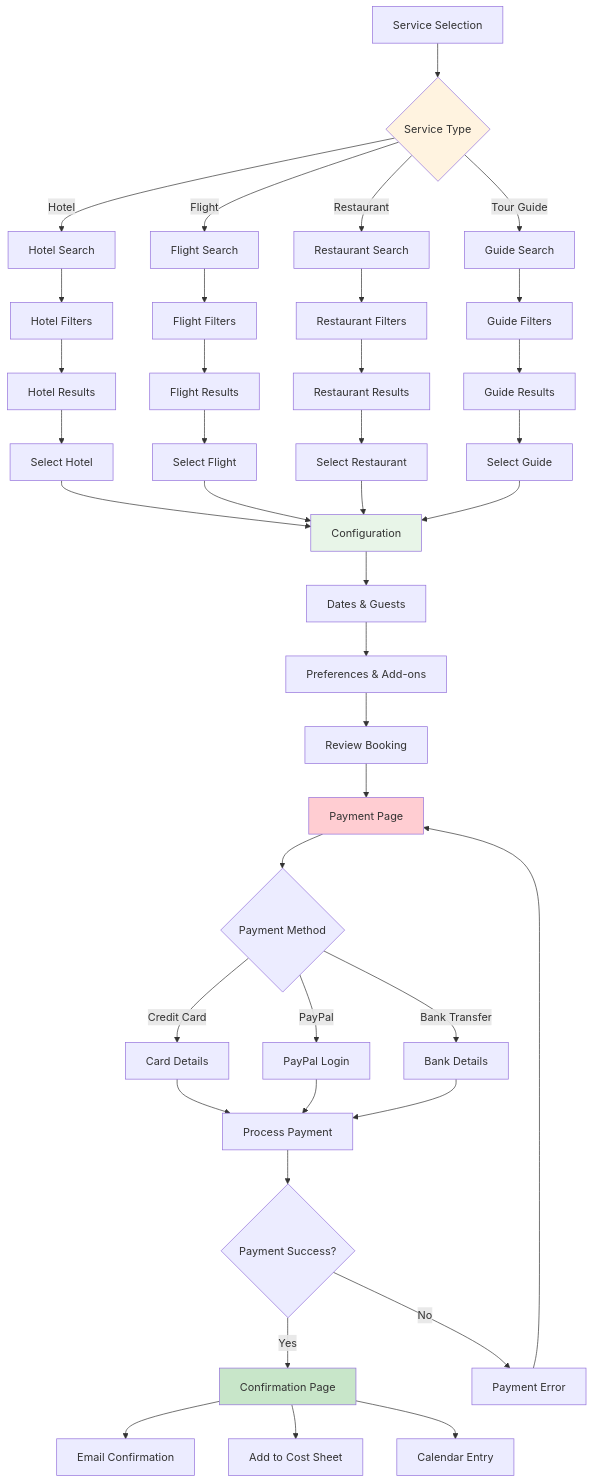
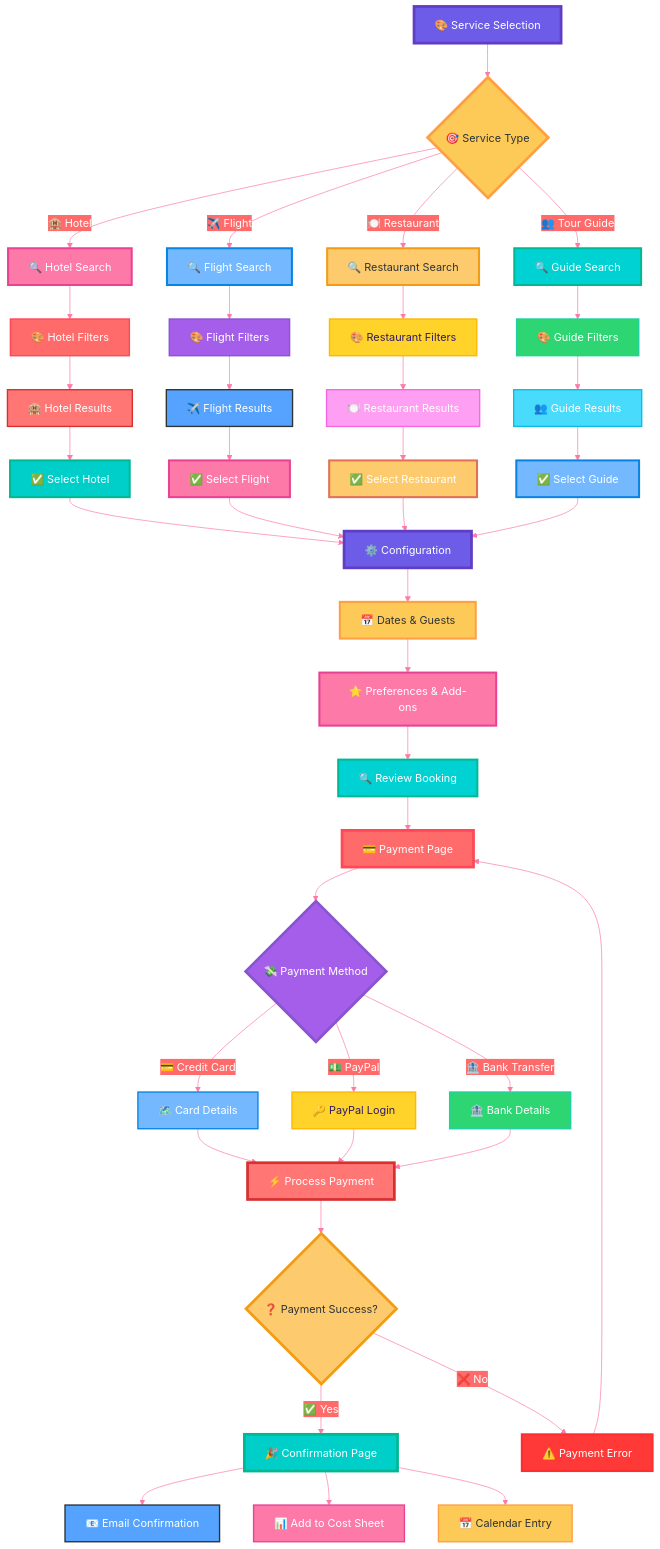
One commit to shihabsararrafid/budget-travel changed the fifth of 15 diagrams in budget-travel/MERMAID_UI_UX_FLOWS.md. Above: the diagram before and after it, drawn with Mermaid. The commit also changed other lines of this file, not shown here.

````diff
--- a/budget-travel/MERMAID_UI_UX_FLOWS.md
+++ b/budget-travel/MERMAID_UI_UX_FLOWS.md
@@ -151,58 +229,97 @@
 ```mermaid
+%%{init: {'theme':'base', 'themeVariables': { 'primaryColor': '#00d2d3', 'primaryTextColor': '#fff', 'primaryBorderColor': '#00b894', 'lineColor': '#fd79a8', 'secondaryColor': '#ff6b6b', 'tertiaryColor': '#a55eea'}}}%%
 flowchart TD
-    A[Service Selection] --> B{Service Type}
+    A["🎨 Service Selection"] --> B{"🎯 Service Type"}
     
-    B -->|Hotel| C[Hotel Search]
-    B -->|Flight| D[Flight Search]
-    B -->|Restaurant| E[Restaurant Search]
-    B -->|Tour Guide| F[Guide Search]
+    B -->|"🏨 Hotel"| C["🔍 Hotel Search"]
+    B -->|"✈️ Flight"| D["🔍 Flight Search"]
+    B -->|"🍽️ Restaurant"| E["🔍 Restaurant Search"]
+    B -->|"👥 Tour Guide"| F["🔍 Guide Search"]
     
-    C --> G[Hotel Filters]
-    D --> H[Flight Filters]
-    E --> I[Restaurant Filters]
-    F --> J[Guide Filters]
+    C --> G["🎨 Hotel Filters"]
+    D --> H["🎨 Flight Filters"]
+    E --> I["🎨 Restaurant Filters"]
+    F --> J["🎨 Guide Filters"]
     
-    G --> K[Hotel Results]
-    H --> L[Flight Results]
-    I --> M[Restaurant Results]
-    J --> N[Guide Results]
+    G --> K["🏨 Hotel Results"]
+    H --> L["✈️ Flight Results"]
+    I --> M["🍽️ Restaurant Results"]
+    J --> N["👥 Guide Results"]
     
-    K --> O[Select Hotel]
-    L --> P[Select Flight]
-    M --> Q[Select Restaurant]
-    N --> R[Select Guide]
+    K --> O["✅ Select Hotel"]
+    L --> P["✅ Select Flight"]
+    M --> Q["✅ Select Restaurant"]
+    N --> R["✅ Select Guide"]
     
-    O --> S[Configuration]
+    O --> S["⚙️ Configuration"]
     P --> S
     Q --> S
     R --> S
     
-    S --> T[Dates & Guests]
-    T --> U[Preferences & Add-ons]
-    U --> V[Review Booking]
-    V --> W[Payment Page]
+    S --> T["📅 Dates & Guests"]
+    T --> U["⭐ Preferences & Add-ons"]
+    U --> V["🔍 Review Booking"]
+    V --> W["💳 Payment Page"]
     
-    W --> X{Payment Method}
-    X -->|Credit Card| Y[Card Details]
-    X -->|PayPal| Z[PayPal Login]
-    X -->|Bank Transfer| AA[Bank Details]
+    W --> X{"💸 Payment Method"}
+    X -->|"💳 Credit Card"| Y["🗺️ Card Details"]
+    X -->|"💵 PayPal"| Z["🔑 PayPal Login"]
+    X -->|"🏦 Bank Transfer"| AA["🏦 Bank Details"]
     
-    Y --> BB[Process Payment]
+    Y --> BB["⚡ Process Payment"]
     Z --> BB
     AA --> BB
     
-    BB --> CC{Payment Success?}
-    CC -->|Yes| DD[Confirmation Page]
-    CC -->|No| EE[Payment Error]
+    BB --> CC{"❓ Payment Success?"}
+    CC -->|"✅ Yes"| DD["🎉 Confirmation Page"]
+    CC -->|"❌ No"| EE["⚠️ Payment Error"]
     
-    DD --> FF[Email Confirmation]
-    DD --> GG[Add to Cost Sheet]
-    DD --> HH[Calendar Entry]
+    DD --> FF["📧 Email Confirmation"]
+    DD --> GG["📊 Add to Cost Sheet"]
+    DD --> HH["📅 Calendar Entry"]
     
     EE --> W
     
-    style B fill:#fff3e0
-    style S fill:#e8f5e8
-    style W fill:#ffcdd2
-    style DD fill:#c8e6c9
+    style A fill:#6c5ce7,stroke:#5f3dc4,stroke-width:4px,color:#fff
+    style B fill:#feca57,stroke:#ff9f43,stroke-width:4px,color:#2d3436
+    
+    style C fill:#fd79a8,stroke:#e84393,stroke-width:3px,color:#fff
+    style D fill:#74b9ff,stroke:#0984e3,stroke-width:3px,color:#fff
+    style E fill:#fdcb6e,stroke:#f39c12,stroke-width:3px,color:#2d3436
+    style F fill:#00d2d3,stroke:#00b894,stroke-width:3px,color:#fff
+    
+    style G fill:#ff6b6b,stroke:#ff4757,stroke-width:2px,color:#fff
+    style H fill:#a55eea,stroke:#8854d0,stroke-width:2px,color:#fff
+    style I fill:#ffd32a,stroke:#ffb700,stroke-width:2px,color:#2f1b69
+    style J fill:#2ed573,stroke:#1dd1a1,stroke-width:2px,color:#fff
+    
+    style K fill:#ff7675,stroke:#d63031,stroke-width:2px,color:#fff
+    style L fill:#55a3ff,stroke:#2d3436,stroke-width:2px,color:#fff
+    style M fill:#ff9ff3,stroke:#f368e0,stroke-width:2px,color:#fff
+    style N fill:#48dbfb,stroke:#0abde3,stroke-width:2px,color:#fff
+    
+    style O fill:#00cec9,stroke:#00b894,stroke-width:3px,color:#fff
+    style P fill:#fd79a8,stroke:#e84393,stroke-width:3px,color:#fff
+    style Q fill:#fdcb6e,stroke:#e17055,stroke-width:3px,color:#fff
+    style R fill:#74b9ff,stroke:#0984e3,stroke-width:3px,color:#fff
+    
+    style S fill:#6c5ce7,stroke:#5f3dc4,stroke-width:4px,color:#fff
+    style T fill:#feca57,stroke:#ff9f43,stroke-width:3px,color:#2d3436
+    style U fill:#fd79a8,stroke:#e84393,stroke-width:3px,color:#fff
+    style V fill:#00d2d3,stroke:#00b894,stroke-width:3px,color:#fff
+    style W fill:#ff6b6b,stroke:#ff4757,stroke-width:4px,color:#fff
+    
+    style X fill:#a55eea,stroke:#8854d0,stroke-width:4px,color:#fff
+    style Y fill:#74b9ff,stroke:#0984e3,stroke-width:2px,color:#fff
+    style Z fill:#ffd32a,stroke:#ffb700,stroke-width:2px,color:#2f1b69
+    style AA fill:#2ed573,stroke:#1dd1a1,stroke-width:2px,color:#fff
+    
+    style BB fill:#ff7675,stroke:#d63031,stroke-width:4px,color:#fff
+    style CC fill:#fdcb6e,stroke:#f39c12,stroke-width:4px,color:#2d3436
+    style DD fill:#00cec9,stroke:#00b894,stroke-width:4px,color:#fff
+    style EE fill:#ff3838,stroke:#ff2d2d,stroke-width:3px,color:#fff
+    
+    style FF fill:#55a3ff,stroke:#2d3436,stroke-width:2px,color:#fff
+    style GG fill:#fd79a8,stroke:#e84393,stroke-width:2px,color:#fff
+    style HH fill:#feca57,stroke:#ff9f43,stroke-width:2px,color:#2d3436
 ```
````
